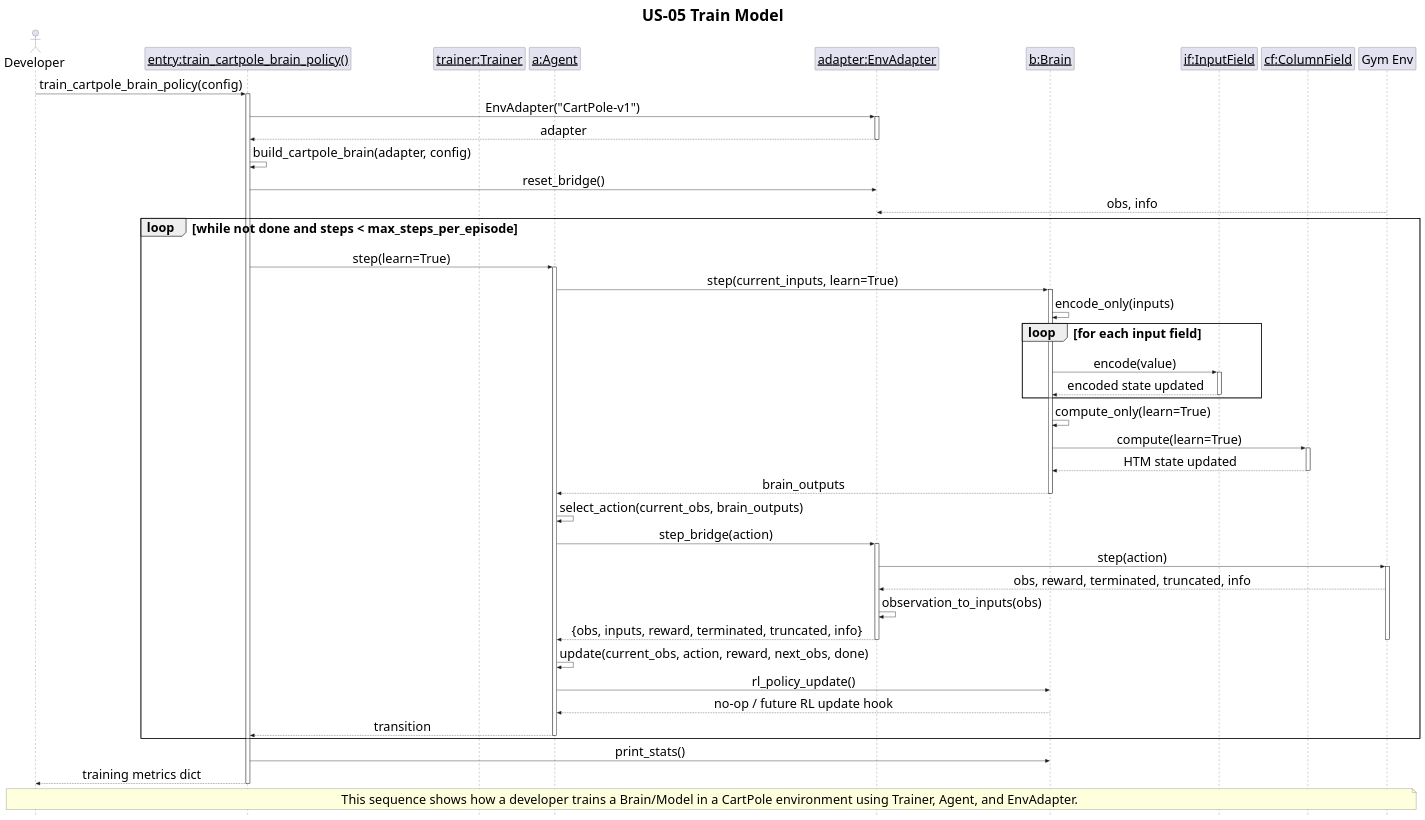
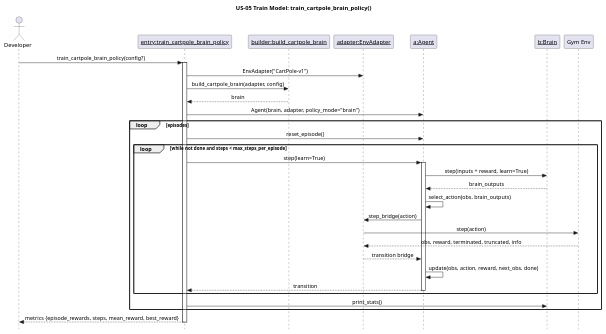
Before and after one commit to egrembocki/htmrl: the diagram in docs/puml/US/us-05.puml, drawn with PlantUML. The commit also changed 10 other files, not shown here.

Commit message:
Update US sequence diagrams to match current runtime code paths

```diff
--- a/docs/puml/US/us-05.puml
+++ b/docs/puml/US/us-05.puml
@@ -1,111 +1,44 @@
 @startuml
-scale 2000 width
-scale 2000 height
 skinparam style strictuml
-skinparam defaultFontSize 32
-skinparam TitleFontSize 40
-skinparam ObjectFontSize 30
-
 skinparam sequenceMessageAlign center
 skinparam responseMessageBelowArrow true
 
-title US-05 Train Model
+title US-05 Train Model: train_cartpole_brain_policy()
 
 actor Developer as Dev
-participant "<u>entry:train_cartpole_brain_policy()</u>" as Entry
-participant "<u>trainer:Trainer</u>" as TR
+participant "<u>entry:train_cartpole_brain_policy</u>" as Entry
+participant "<u>builder:build_cartpole_brain</u>" as Build
+participant "<u>adapter:EnvAdapter</u>" as EA
 participant "<u>a:Agent</u>" as AG
-participant "<u>adapter:EnvAdapter</u>" as EA
 participant "<u>b:Brain</u>" as BR
-participant "<u>if:InputField</u>" as IF
-participant "<u>cf:ColumnField</u>" as CF
 participant "Gym Env" as ENV
 
-actor Developer as Dev
-participant "<u>entry:train_cartpole_brain_policy()</u>" as Entry
-participant "<u>trainer:Trainer</u>" as TR
-participant "<u>a:Agent</u>" as AG
-participant "<u>adapter:EnvAdapter</u>" as EA
-participant "<u>b:Brain</u>" as BR
-participant "<u>if:InputField</u>" as IF
-participant "<u>cf:ColumnField</u>" as CF
-participant "Gym Env" as ENV
-
-
-Dev -> Entry: train_cartpole_brain_policy(config)
+Dev -> Entry: train_cartpole_brain_policy(config?)
 activate Entry
 Entry -> EA: EnvAdapter("CartPole-v1")
-activate EA
-EA --> Entry: adapter
-deactivate EA
+Entry -> Build: build_cartpole_brain(adapter, config)
+Build --> Entry: brain
+Entry -> AG: Agent(brain, adapter, policy_mode="brain")
 
-Entry -> Entry: build_cartpole_brain(adapter, config)
-Entry -> EA: reset_bridge()
-
-actor Developer as Dev
-  ENV --> EA: obs, info
-
-  deactivate ENV
-actor Developer as Dev
-participant "<u>entry:train_cartpole_brain_policy()</u>" as Entry
-participant "<u>trainer:Trainer</u>" as TR
-participant "<u>a:Agent</u>" as AG
-participant "<u>adapter:EnvAdapter</u>" as EA
-participant "<u>b:Brain</u>" as BR
-participant "<u>if:InputField</u>" as IF
-participant "<u>cf:ColumnField</u>" as CF
-participant "Gym Env" as ENV
-  deactivate EA
-
+loop episodes
+  Entry -> AG: reset_episode()
   loop while not done and steps < max_steps_per_episode
     Entry -> AG: step(learn=True)
     activate AG
-    AG -> BR: step(current_inputs, learn=True)
-    activate BR
-    BR -> BR: encode_only(inputs)
-    loop for each input field
-      BR -> IF: encode(value)
-      activate IF
-      IF --> BR: encoded state updated
-      deactivate IF
-    end
-    BR -> BR: compute_only(learn=True)
-    BR -> CF: compute(learn=True)
-    activate CF
-    CF --> BR: HTM state updated
-    deactivate CF
+    AG -> BR: step(inputs + reward, learn=True)
     BR --> AG: brain_outputs
-    deactivate BR
-
-    AG -> AG: select_action(current_obs, brain_outputs)
+    AG -> AG: select_action(obs, brain_outputs)
     AG -> EA: step_bridge(action)
-    activate EA
     EA -> ENV: step(action)
-    activate ENV
     ENV --> EA: obs, reward, terminated, truncated, info
-    EA -> EA: observation_to_inputs(obs)
-    EA --> AG: {obs, inputs, reward, terminated, truncated, info}
-    deactivate ENV
-    deactivate EA
-
-    AG -> AG: update(current_obs, action, reward, next_obs, done)
-    AG -> BR: rl_policy_update()
-    BR --> AG: no-op / future RL update hook
+    EA --> AG: transition bridge
+    AG -> AG: update(obs, action, reward, next_obs, done)
     AG --> Entry: transition
     deactivate AG
   end
+  Entry -> BR: print_stats()
+end
 
-  Entry -> BR: print_stats()
-
-
-Entry --> Dev: training metrics dict
-deactivate AG
+Entry --> Dev: metrics {episode_rewards, steps, mean_reward, best_reward}
 deactivate Entry
-
-
-
-note over Dev, ENV
-This sequence shows how a developer trains a Brain/Model in a CartPole environment using Trainer, Agent, and EnvAdapter.
-end note
-
 @enduml
```
